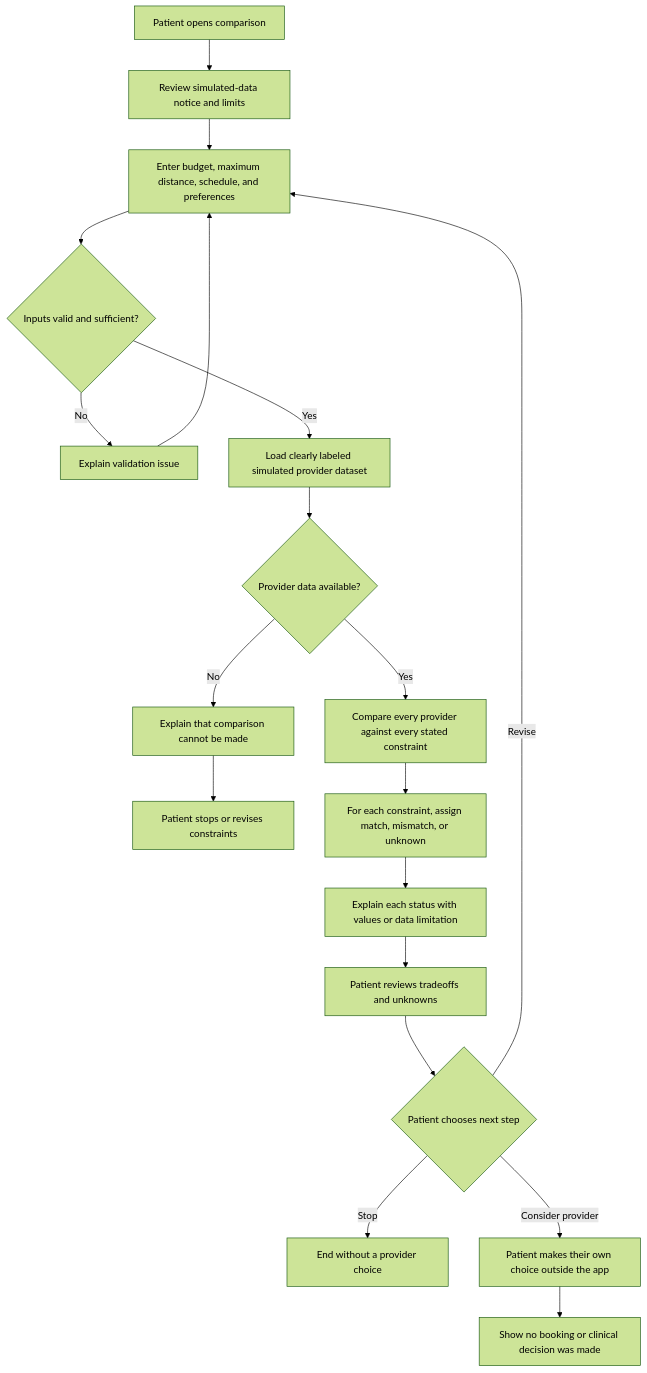
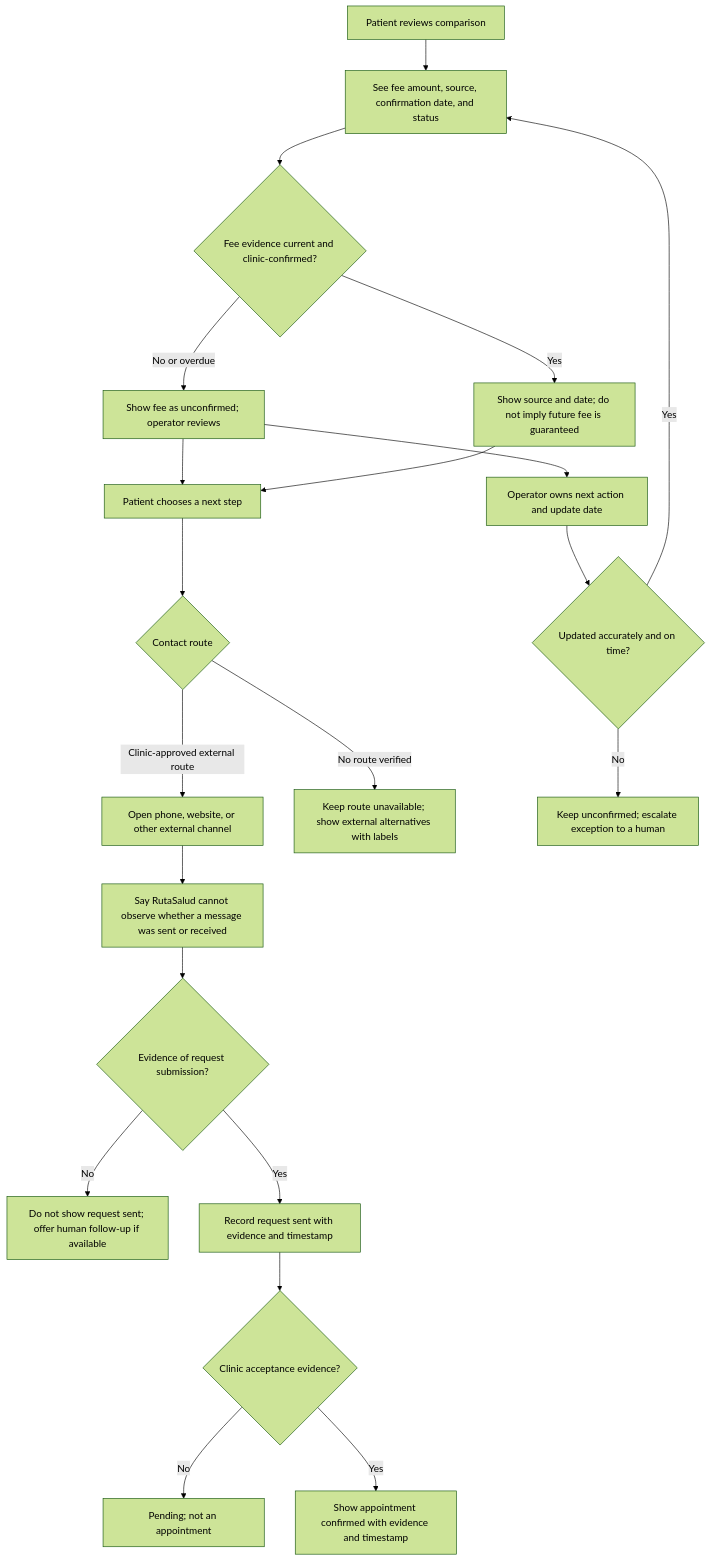
One commit to escotoinesbuilds-design/week12 changed the first of 2 diagrams in docs/PACKET.md. Above: the diagram before and after it, drawn with Mermaid (forest theme). The commit also changed other lines of this file, not shown here.

````diff
--- a/docs/PACKET.md
+++ b/docs/PACKET.md
@@ -65,21 +37,23 @@
 ```mermaid
 flowchart TD
-    A[Patient opens comparison] --> B[Review simulated-data notice and limits]
-    B --> C[Enter budget, maximum distance, schedule, and preferences]
-    C --> D{Inputs valid and sufficient?}
-    D -- No --> E[Explain validation issue]
-    E --> C
-    D -- Yes --> F[Load clearly labeled simulated provider dataset]
-    F --> G{Provider data available?}
-    G -- No --> H[Explain that comparison cannot be made]
-    H --> I[Patient stops or revises constraints]
-    G -- Yes --> J[Compare every provider against every stated constraint]
-    J --> K[For each constraint, assign match, mismatch, or unknown]
-    K --> L[Explain each status with values or data limitation]
-    L --> M[Patient reviews tradeoffs and unknowns]
-    M --> N{Patient chooses next step}
-    N -- Revise --> C
-    N -- Stop --> O[End without a provider choice]
-    N -- Consider provider --> P[Patient makes their own choice outside the app]
-    P --> Q[Show no booking or clinical decision was made]
+    A[Patient reviews comparison] --> B[See fee amount, source, confirmation date, and status]
+    B --> C{Fee evidence current and clinic-confirmed?}
+    C -- No or overdue --> D[Show fee as unconfirmed; operator reviews]
+    C -- Yes --> E[Show source and date; do not imply future fee is guaranteed]
+    D --> F[Patient chooses a next step]
+    E --> F
+    F --> G{Contact route}
+    G -- Clinic-approved external route --> H[Open phone, website, or other external channel]
+    H --> I[Say RutaSalud cannot observe whether a message was sent or received]
+    G -- No route verified --> J[Keep route unavailable; show external alternatives with labels]
+    I --> K{Evidence of request submission?}
+    K -- No --> L[Do not show request sent; offer human follow-up if available]
+    K -- Yes --> M[Record request sent with evidence and timestamp]
+    M --> N{Clinic acceptance evidence?}
+    N -- No --> O[Pending; not an appointment]
+    N -- Yes --> P[Show appointment confirmed with evidence and timestamp]
+    D --> Q[Operator owns next action and update date]
+    Q --> R{Updated accurately and on time?}
+    R -- No --> S[Keep unconfirmed; escalate exception to a human]
+    R -- Yes --> B
 ```
````
